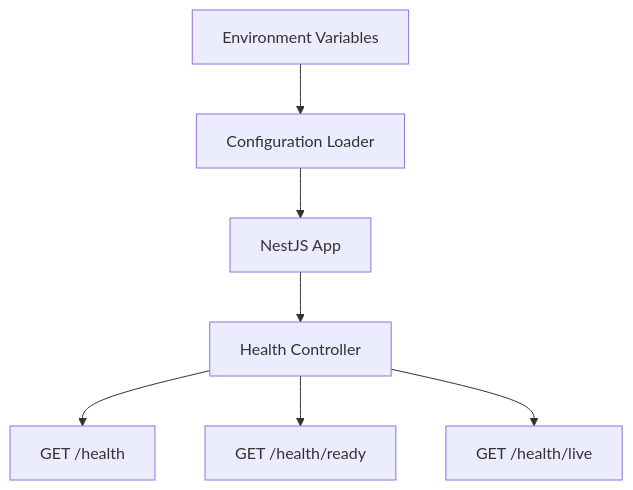
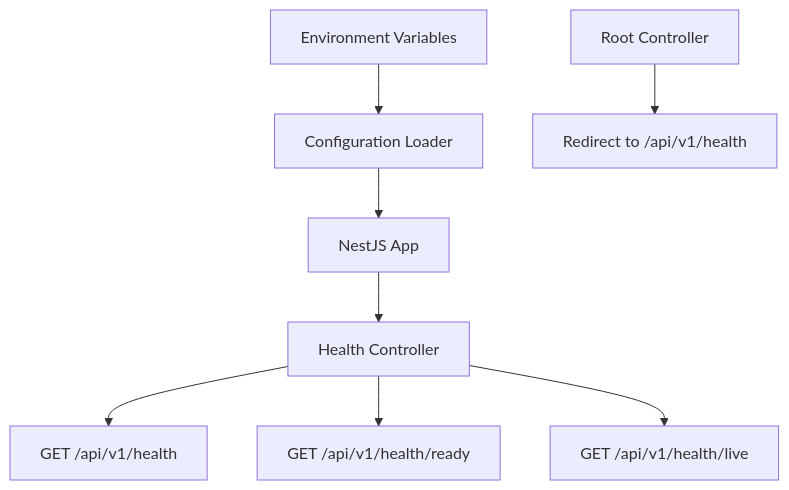
One commit to Avi-Bendetsky/Quiz-to-build changed the sixth of 11 diagrams in .qoder/repowiki/en/content/Deployment and Infrastructure/Deployment and Infrastructure.md. Above: the diagram before and after it, drawn with Mermaid. The commit also changed other lines of this file and 41 other files, not shown here.

````diff
--- a/.qoder/repowiki/en/content/Deployment and Infrastructure/Deployment and Infrastructure.md
+++ b/.qoder/repowiki/en/content/Deployment and Infrastructure/Deployment and Infrastructure.md
@@ -296,9 +567,10 @@
 ```mermaid
 flowchart TD
 Env["Environment Variables"] --> Loader["Configuration Loader"]
 Loader --> App["NestJS App"]
 App --> HC["Health Controller"]
-HC --> EP1["GET /health"]
-HC --> EP2["GET /health/ready"]
-HC --> EP3["GET /health/live"]
+HC --> EP1["GET /api/v1/health"]
+HC --> EP2["GET /api/v1/health/ready"]
+HC --> EP3["GET /api/v1/health/live"]
+ROOT["Root Controller"] --> REDIRECT["Redirect to /api/v1/health"]
 ```
````
